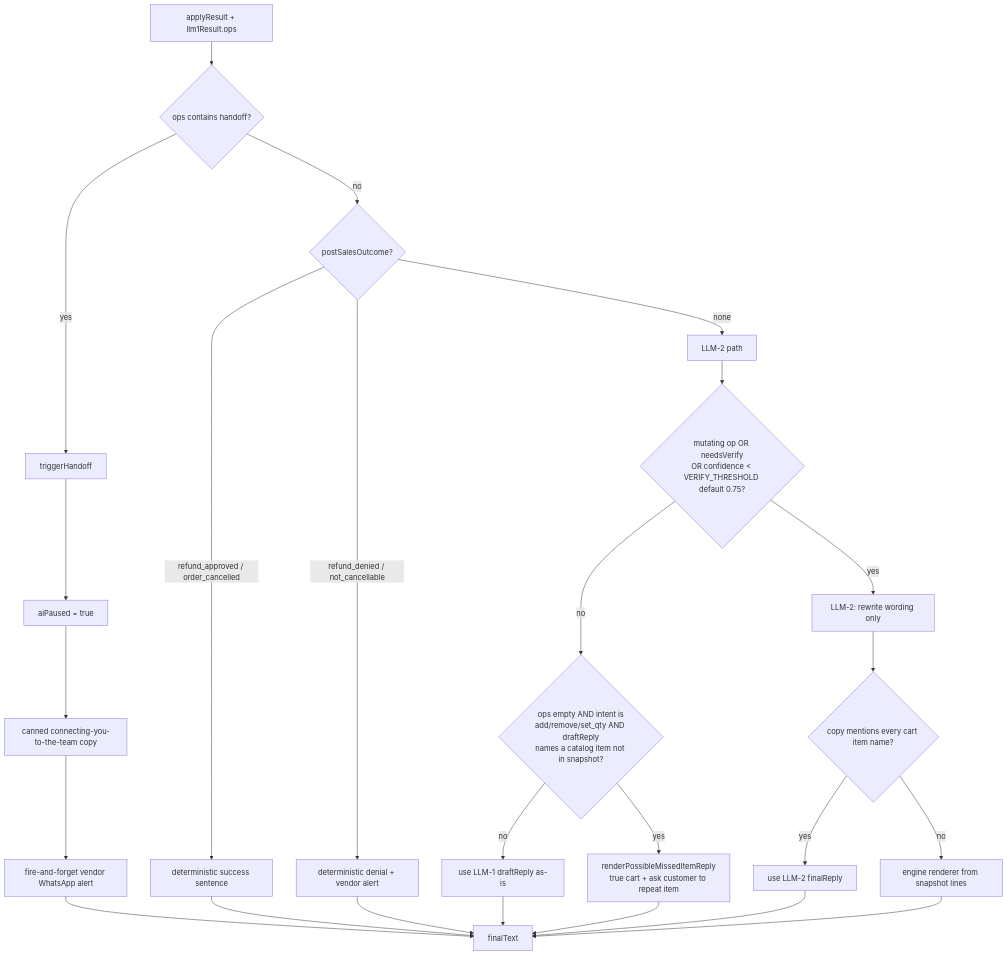
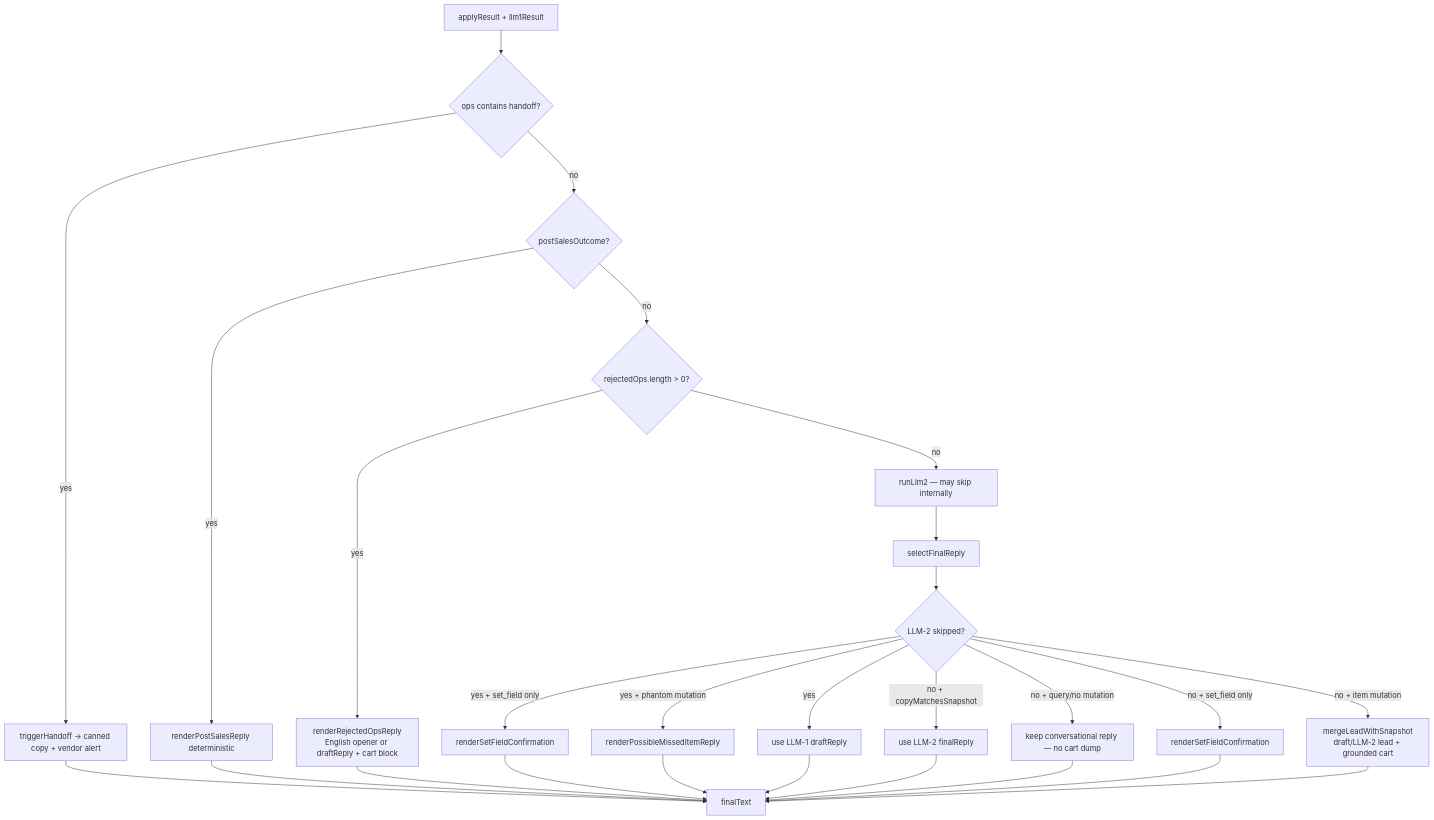
One commit to roshan-1904/chatlogix-gowtham changed the ninth of 10 diagrams in docs/INCOMING_RESPONSE_GENERATOR_FLOW.md. Above: the diagram before and after it, drawn with Mermaid. The commit also changed other lines of this file and 7 other files, not shown here.

````diff
--- a/docs/INCOMING_RESPONSE_GENERATOR_FLOW.md
+++ b/docs/INCOMING_RESPONSE_GENERATOR_FLOW.md
@@ -333,29 +344,34 @@
 ```mermaid
 flowchart TD
-  A[applyResult + llm1Result.ops] --> H{ops contains handoff?}
-  H -->|yes| H1[triggerHandoff]
-  H1 --> H2[aiPaused = true]
-  H2 --> H3[canned connecting-you-to-the-team copy]
-  H3 --> H4[fire-and-forget vendor WhatsApp alert]
-  H4 --> F[finalText]
+  A[applyResult + llm1Result] --> H{ops contains handoff?}
+  H -->|yes| H1[triggerHandoff → canned copy + vendor alert]
+  H1 --> F[finalText]
 
   H -->|no| P{postSalesOutcome?}
-  P -->|refund_approved / order_cancelled| T1[deterministic success sentence]
-  P -->|refund_denied / not_cancellable| T2[deterministic denial + vendor alert]
-  T1 --> F
-  T2 --> F
+  P -->|yes| T[renderPostSalesReply deterministic]
+  T --> F
 
-  P -->|none| L[LLM-2 path]
-  L --> Q{mutating op OR needsVerify<br/>OR confidence < VERIFY_THRESHOLD default 0.75?}
-  Q -->|no| PM{ops empty AND intent is<br/>add/remove/set_qty AND draftReply<br/>names a catalog item not in snapshot?}
-  PM -->|no| D[use LLM-1 draftReply as-is]
-  PM -->|yes| MISS[renderPossibleMissedItemReply<br/>true cart + ask customer to repeat item]
-  Q -->|yes| L2[LLM-2: rewrite wording only]
-  L2 --> M{copy mentions every cart item name?}
-  M -->|yes| L2OK[use LLM-2 finalReply]
-  M -->|no| ENG[engine renderer from snapshot lines]
+  P -->|no| R{rejectedOps.length > 0?}
+  R -->|yes| RJ[renderRejectedOpsReply<br/>English opener or draftReply + cart block]
+  RJ --> F
+
+  R -->|no| L2[runLlm2 — may skip internally]
+  L2 --> SEL[selectFinalReply]
+
+  SEL --> S1{LLM-2 skipped?}
+  S1 -->|yes + set_field only| SF[renderSetFieldConfirmation]
+  S1 -->|yes + phantom mutation| PM[renderPossibleMissedItemReply]
+  S1 -->|yes| D[use LLM-1 draftReply]
+  S1 -->|no + copyMatchesSnapshot| OK[use LLM-2 finalReply]
+  S1 -->|no + query/no mutation| Q[keep conversational reply — no cart dump]
+  S1 -->|no + set_field only| SF2[renderSetFieldConfirmation]
+  S1 -->|no + item mutation| MERGE[mergeLeadWithSnapshot<br/>draft/LLM-2 lead + grounded cart]
+
+  SF --> F
+  PM --> F
   D --> F
-  MISS --> F
-  L2OK --> F
-  ENG --> F
+  OK --> F
+  Q --> F
+  SF2 --> F
+  MERGE --> F
 ```
````
